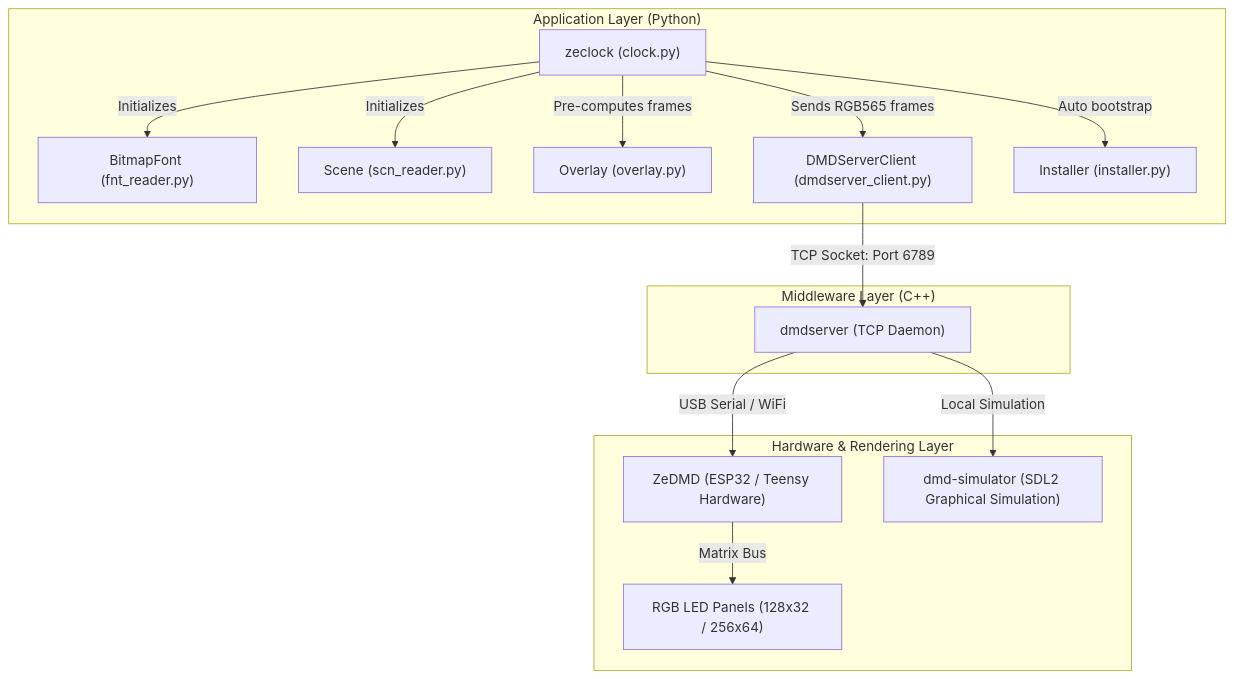
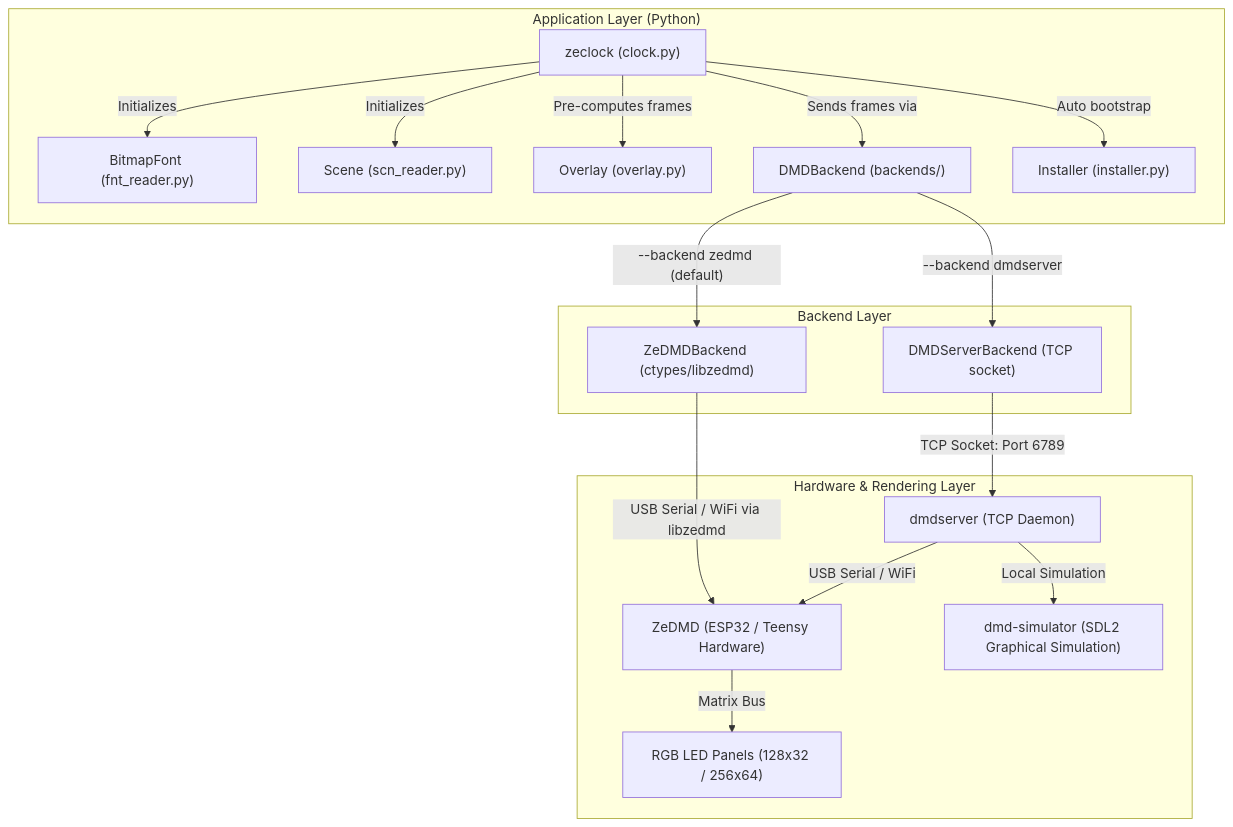
The first of 3 diagrams in docs/architecture.md (DMDTools/zeClock), drawn with Mermaid before and after one commit. The commit also changed other lines of this file and 31 other files, not shown here.

Commit message:
feat: new direct zedmd backend, CPU optimizations

````diff
--- a/docs/architecture.md
+++ b/docs/architecture.md
@@ -11,25 +11,28 @@
 ```mermaid
 graph TD
     subgraph "Application Layer (Python)"
         A["zeclock (clock.py)"] -->|Initializes| B["BitmapFont (fnt_reader.py)"]
         A -->|Initializes| C["Scene (scn_reader.py)"]
         A -->|Pre-computes frames| D["Overlay (overlay.py)"]
-        A -->|Sends RGB565 frames| E["DMDServerClient (dmdserver_client.py)"]
+        A -->|Sends frames via| E["DMDBackend (backends/)"]
         A -->|Auto bootstrap| F2["Installer (installer.py)"]
     end
 
-    subgraph "Middleware Layer (C++)"
-        F["dmdserver (TCP Daemon)"]
+    subgraph "Backend Layer"
+        E -->|"--backend zedmd (default)"| E1["ZeDMDBackend (ctypes/libzedmd)"]
+        E -->|"--backend dmdserver"| E2["DMDServerBackend (TCP socket)"]
     end
 
     subgraph "Hardware & Rendering Layer"
         G["ZeDMD (ESP32 / Teensy Hardware)"]
         H["RGB LED Panels (128x32 / 256x64)"]
         I["dmd-simulator (SDL2 Graphical Simulation)"]
+        F["dmdserver (TCP Daemon)"]
     end
 
-    E -->|TCP Socket: Port 6789| F
+    E1 -->|USB Serial / WiFi via libzedmd| G
+    E2 -->|TCP Socket: Port 6789| F
     F -->|USB Serial / WiFi| G
     G -->|Matrix Bus| H
     F -->|Local Simulation| I
 ```
````
